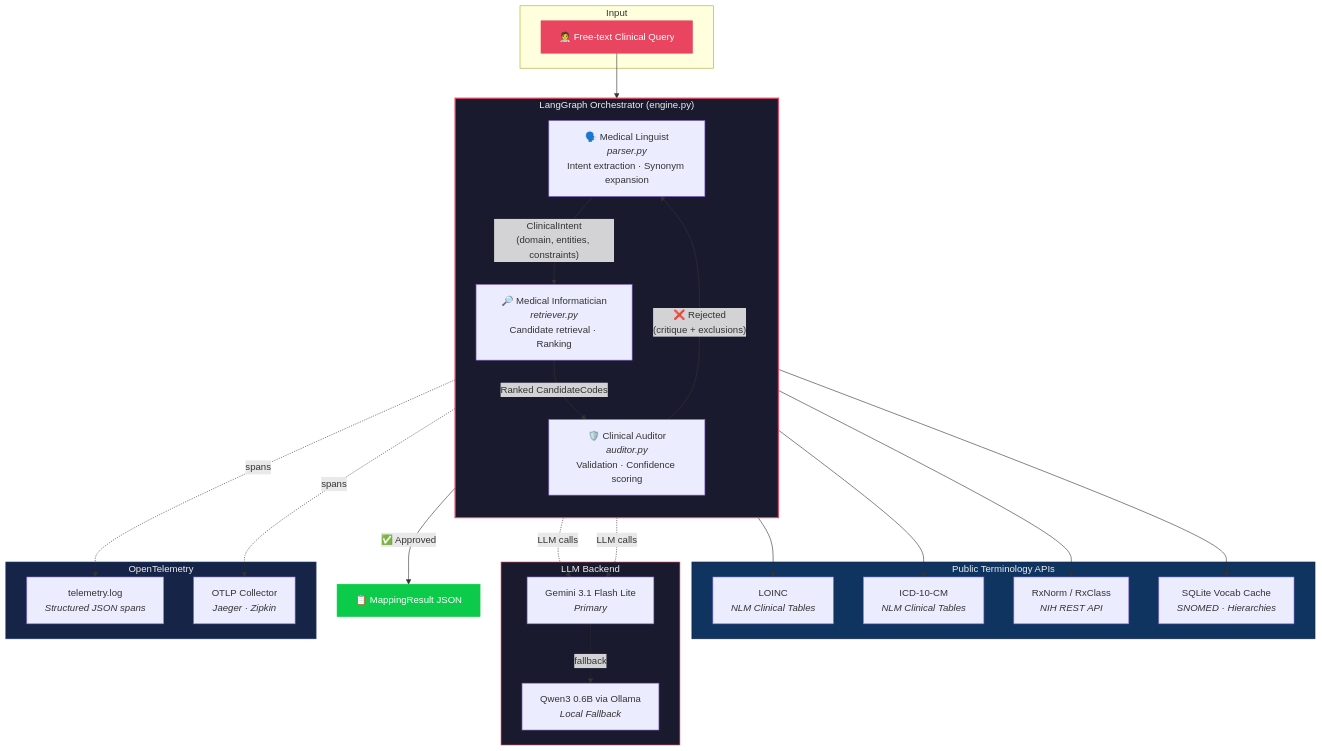
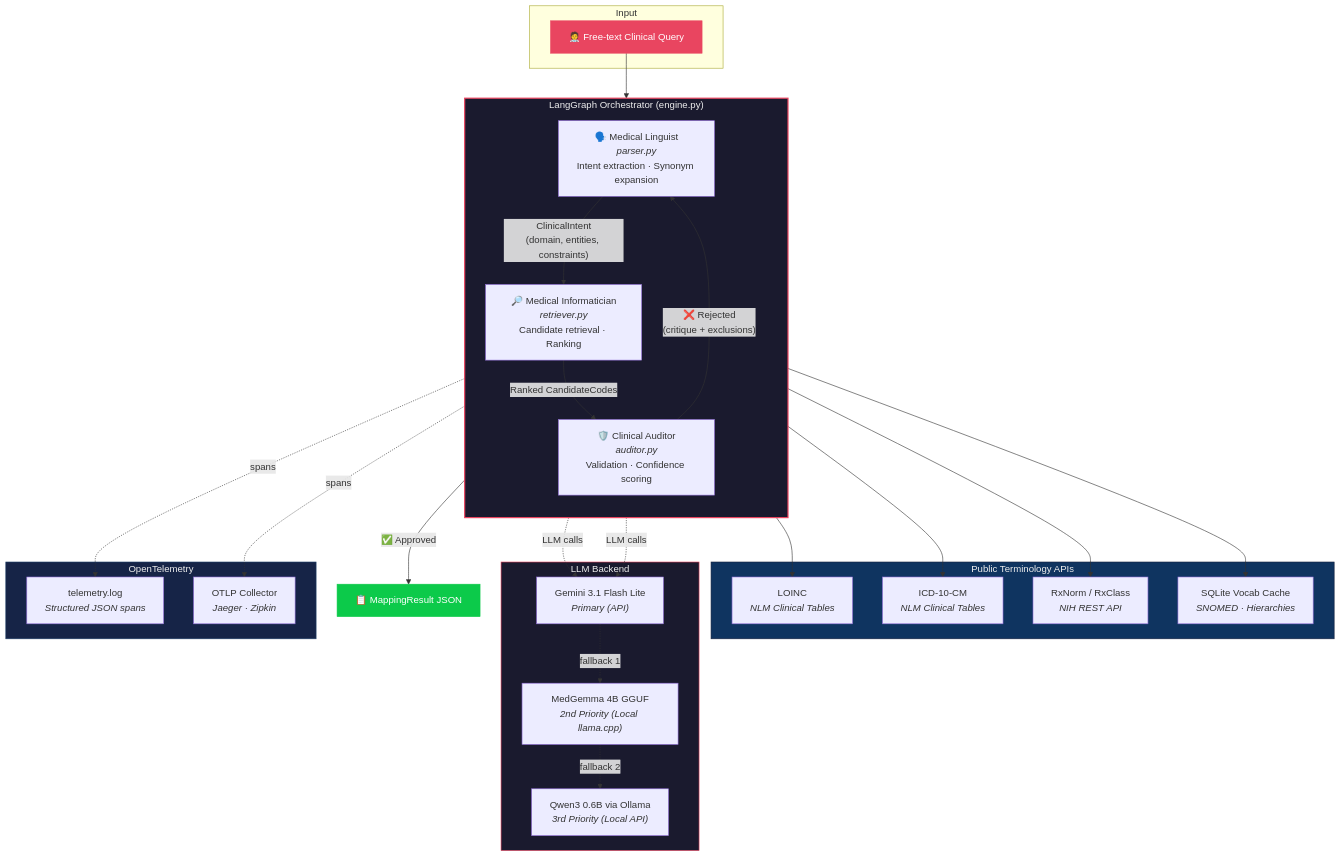
Before and after one commit to mjpvl-ai/clinical-cohort-mapper: the first of 2 diagrams in README.md, drawn with Mermaid. The commit also changed other lines of this file and 1 other file, not shown here.

Commit message:
feat: Integrate local MedGemma GGUF model fallback and update documentation

````diff
--- a/README.md
+++ b/README.md
@@ -30,48 +30,50 @@
 ```mermaid
 graph TB
     subgraph Input
         Q["🧑‍⚕️ Free-text Clinical Query"]
     end
 
     subgraph Orchestrator["LangGraph Orchestrator (engine.py)"]
         direction TB
         P["🗣️ Medical Linguist<br/><i>parser.py</i><br/>Intent extraction · Synonym expansion"]
         R["🔎 Medical Informatician<br/><i>retriever.py</i><br/>Candidate retrieval · Ranking"]
         A["🛡️ Clinical Auditor<br/><i>auditor.py</i><br/>Validation · Confidence scoring"]
 
         P -->|"ClinicalIntent<br/>(domain, entities, constraints)"| R
         R -->|"Ranked CandidateCodes"| A
         A -- "❌ Rejected<br/>(critique + exclusions)" --> P
     end
 
     subgraph APIs["Public Terminology APIs"]
         LOINC["LOINC<br/><i>NLM Clinical Tables</i>"]
         ICD["ICD-10-CM<br/><i>NLM Clinical Tables</i>"]
         RX["RxNorm / RxClass<br/><i>NIH REST API</i>"]
         DB["SQLite Vocab Cache<br/><i>SNOMED · Hierarchies</i>"]
     end
 
     subgraph LLM["LLM Backend"]
-        GEM["Gemini 3.1 Flash Lite<br/><i>Primary</i>"]
-        OLL["Qwen3 0.6B via Ollama<br/><i>Local Fallback</i>"]
+        GEM["Gemini 3.1 Flash Lite<br/><i>Primary (API)</i>"]
+        MEDG["MedGemma 4B GGUF<br/><i>2nd Priority (Local llama.cpp)</i>"]
+        OLL["Qwen3 0.6B via Ollama<br/><i>3rd Priority (Local API)</i>"]
     end
 
     subgraph Observability["OpenTelemetry"]
         TEL["telemetry.log<br/><i>Structured JSON spans</i>"]
         OTLP["OTLP Collector<br/><i>Jaeger · Zipkin</i>"]
     end
 
     Q --> P
     R --> LOINC & ICD & RX & DB
     P & A -.->|"LLM calls"| GEM
-    GEM -.->|"fallback"| OLL
+    GEM -.->|"fallback 1"| MEDG
+    MEDG -.->|"fallback 2"| OLL
     A -->|"✅ Approved"| OUT["📋 MappingResult JSON"]
     Orchestrator -.->|"spans"| TEL & OTLP
 
     style Orchestrator fill:#1a1a2e,stroke:#e94560,stroke-width:2px,color:#eee
     style APIs fill:#0f3460,stroke:#16213e,stroke-width:1px,color:#eee
     style LLM fill:#1a1a2e,stroke:#e94560,stroke-width:1px,color:#eee
     style Observability fill:#162447,stroke:#1f4068,stroke-width:1px,color:#eee
     style Q fill:#e94560,stroke:#e94560,color:#fff
     style OUT fill:#0cca4a,stroke:#0cca4a,color:#fff
 ```
````
